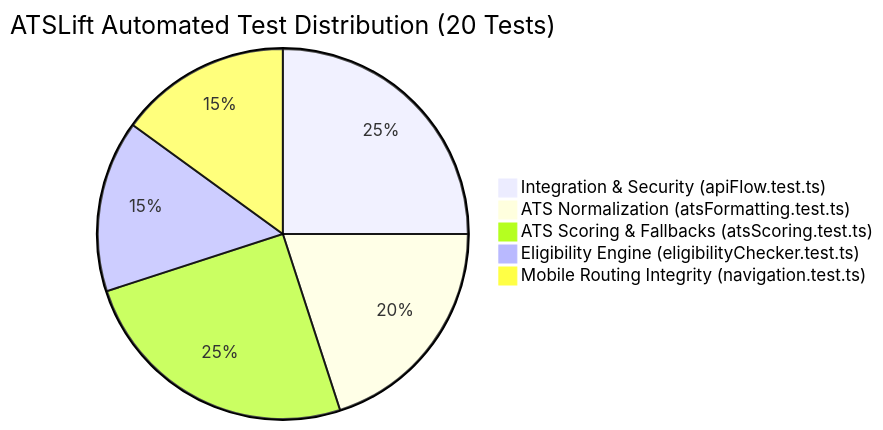
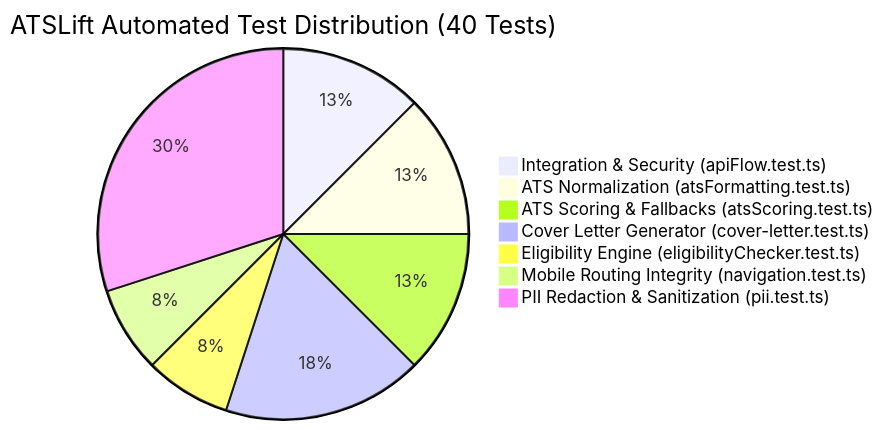
The diagram in doc/testing-strategy.md (Nithin1138/ResumeForge), drawn with Mermaid before and after one commit. The commit also changed other lines of this file, not shown here.

Commit message:
docs: update testing strategy to reflect 40 tests across 11 suites

````diff
--- a/doc/testing-strategy.md
+++ b/doc/testing-strategy.md
@@ -21,8 +21,10 @@
 ```mermaid
-pie title ATSLift Automated Test Distribution (20 Tests)
+pie title ATSLift Automated Test Distribution (40 Tests)
     "Integration & Security (apiFlow.test.ts)" : 5
-    "ATS Normalization (atsFormatting.test.ts)" : 4
+    "ATS Normalization (atsFormatting.test.ts)" : 5
     "ATS Scoring & Fallbacks (atsScoring.test.ts)" : 5
+    "Cover Letter Generator (cover-letter.test.ts)" : 7
     "Eligibility Engine (eligibilityChecker.test.ts)" : 3
     "Mobile Routing Integrity (navigation.test.ts)" : 3
+    "PII Redaction & Sanitization (pii.test.ts)" : 12
 ```
````
